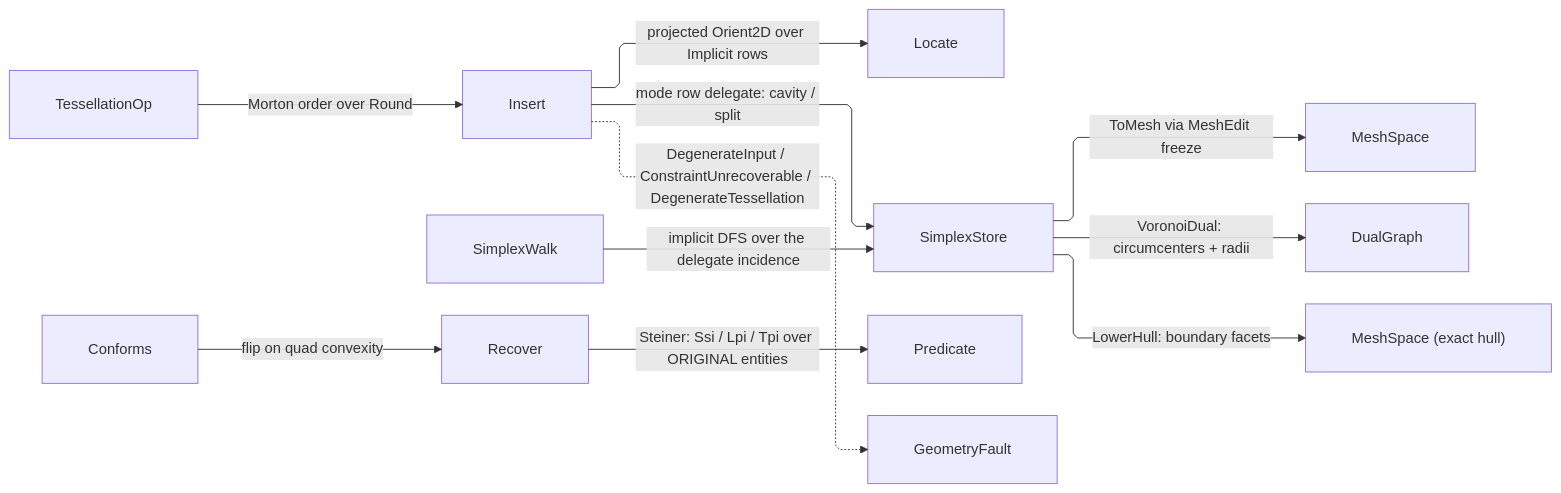
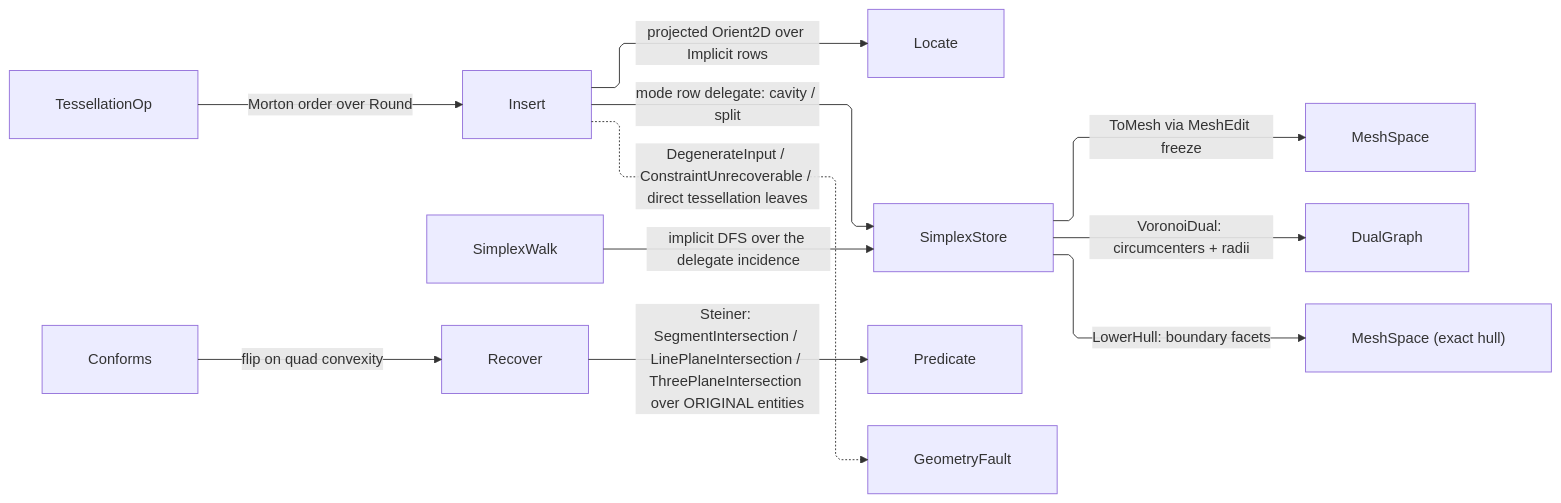
The diagram in libs/dotnet/Rasm/.planning/Meshing/delaunay.md (bsamiee/Rasm), drawn with Mermaid before and after one commit. The commit also changed other lines of this file and 99 other files, not shown here.

````diff
--- a/libs/dotnet/Rasm/.planning/Meshing/delaunay.md
+++ b/libs/dotnet/Rasm/.planning/Meshing/delaunay.md
@@ -1133,22 +1133,22 @@
 ```mermaid
 ---
 config:
   layout: elk
   flowchart:
     curve: linear
     padding: 25
 ---
 flowchart LR
     accTitle: Tessellation build flow
     accDescr: Vertices and conform rows flow through the simplex store build, recovery, and the mesh, triangle, dual, and hull projections.
     TessellationOp -->|Morton order over Round| Insert
     Insert -->|projected Orient2D over Implicit rows| Locate
     Insert -->|mode row delegate: cavity / split| SimplexStore
     SimplexWalk -->|implicit DFS over the delegate incidence| SimplexStore
     Conforms -->|flip on quad convexity| Recover
-    Recover -->|Steiner: Ssi / Lpi / Tpi over ORIGINAL entities| Predicate
+    Recover -->|Steiner: SegmentIntersection / LinePlaneIntersection / ThreePlaneIntersection over ORIGINAL entities| Predicate
     SimplexStore -->|ToMesh via MeshEdit freeze| MeshSpace
     SimplexStore -->|VoronoiDual: circumcenters + radii| DualGraph
     SimplexStore -->|LowerHull: boundary facets| Hull["MeshSpace (exact hull)"]
-    Insert -.->|DegenerateInput / ConstraintUnrecoverable / DegenerateTessellation| GeometryFault
+    Insert -.->|DegenerateInput / ConstraintUnrecoverable / direct tessellation leaves| GeometryFault
 ```
````
